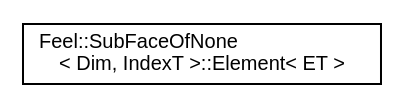
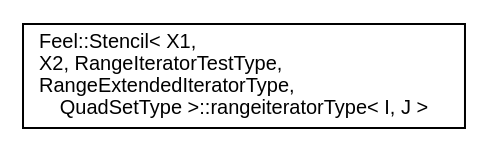
The diagram in inherit_graph_414.dot (feelpp/feelpp), drawn with Graphviz before and after one commit. The commit also changed 1416 other files, not shown here.

```diff
--- a/inherit_graph_414.dot
+++ b/inherit_graph_414.dot
@@ -1,8 +1,8 @@
 digraph "Graphical Class Hierarchy"
 {
  // LATEX_PDF_SIZE
   edge [fontname="Helvetica",fontsize="10",labelfontname="Helvetica",labelfontsize="10"];
   node [fontname="Helvetica",fontsize="10",shape=record];
   rankdir="LR";
-  Node0 [label="Feel::SubFaceOfNone\l\< Dim, IndexT \>::Element\< ET \>",height=0.2,width=0.4,color="black", fillcolor="white", style="filled",URL="$structFeel_1_1SubFaceOfNone_1_1Element.html",tooltip=" "];
+  Node0 [label="Feel::Stencil\< X1,\l X2, RangeIteratorTestType,\l RangeExtendedIteratorType,\l QuadSetType \>::rangeiteratorType\< I, J \>",height=0.2,width=0.4,color="black", fillcolor="white", style="filled",URL="$structFeel_1_1Stencil_1_1rangeiteratorType.html",tooltip=" "];
 }
```
